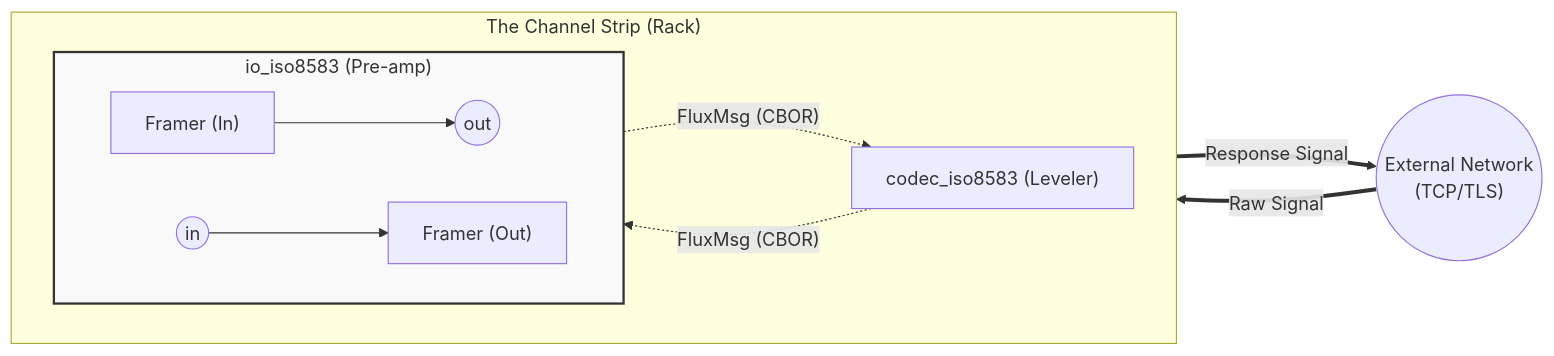
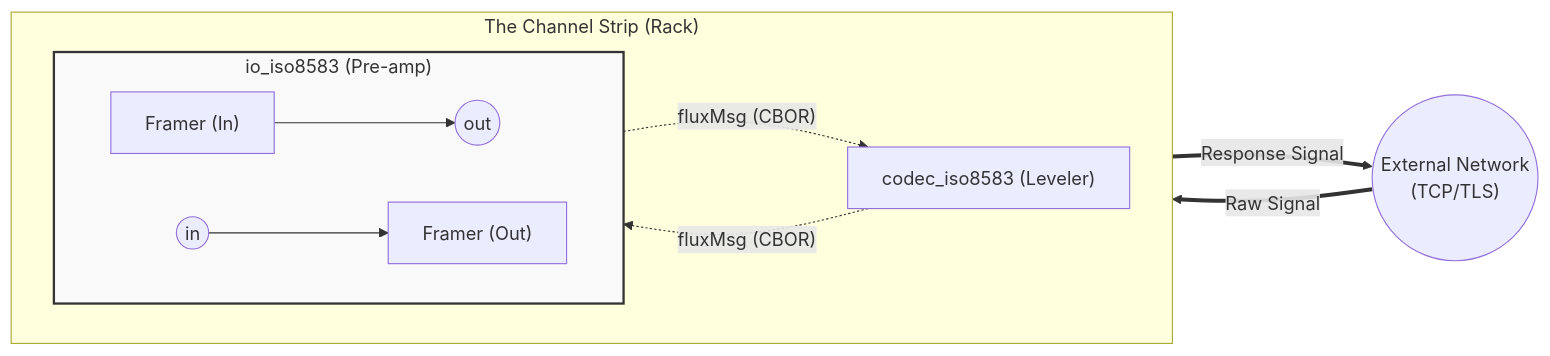
The diagram in docs/reference/gears/io_iso8583.md (fluxrig/website), drawn with Mermaid before and after one commit. The commit also changed other lines of this file and 38 other files, not shown here.

````diff
--- a/docs/reference/gears/io_iso8583.md
+++ b/docs/reference/gears/io_iso8583.md
@@ -39,24 +39,24 @@
 ```mermaid
 graph LR
     subgraph "The Channel Strip (Rack)"
         direction LR
         subgraph io_iso8583 ["io_iso8583 (Pre-amp)"]
             direction LR
             F_In["Framer (In)"] --> Out_P((out))
             In_P((in)) --> F_Out["Framer (Out)"]
         end
         Codec["codec_iso8583 (Leveler)"]
     end
 
     NET(("External Network<br/>(TCP/TLS)"))
     
     %% Signal Flow
     NET == "Raw Signal" ==> F_In
     F_Out == "Response Signal" ==> NET
     
-    Out_P -.->|"FluxMsg (CBOR)"| Codec
-    Codec -.->|"FluxMsg (CBOR)"| In_P
+    Out_P -.->|"fluxMsg (CBOR)"| Codec
+    Codec -.->|"fluxMsg (CBOR)"| In_P
 
     classDef gear fill:#f9f9f9,stroke:#333,stroke-width:2px;
     class io_iso8583 gear;
 ```
````
